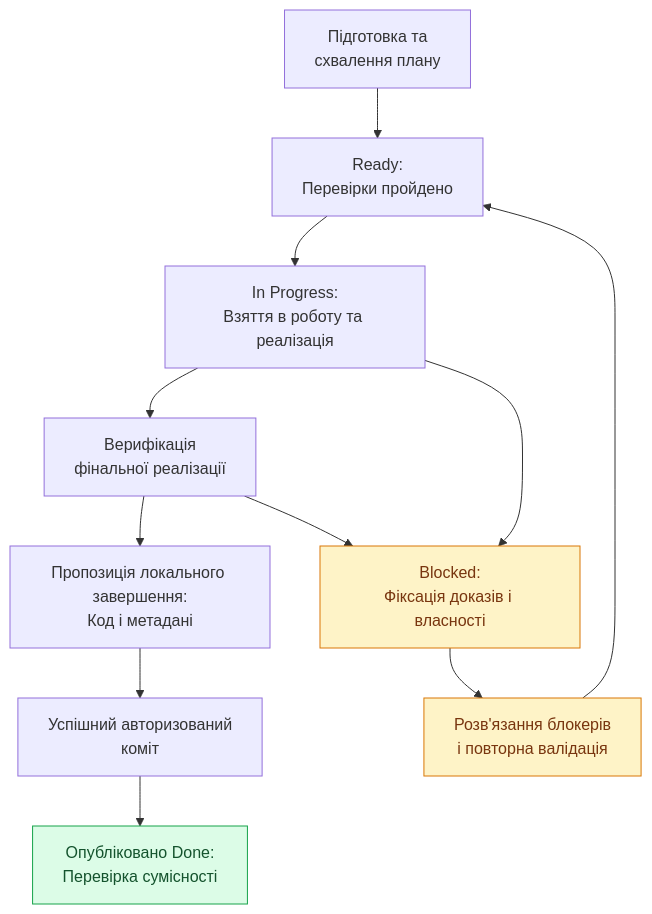
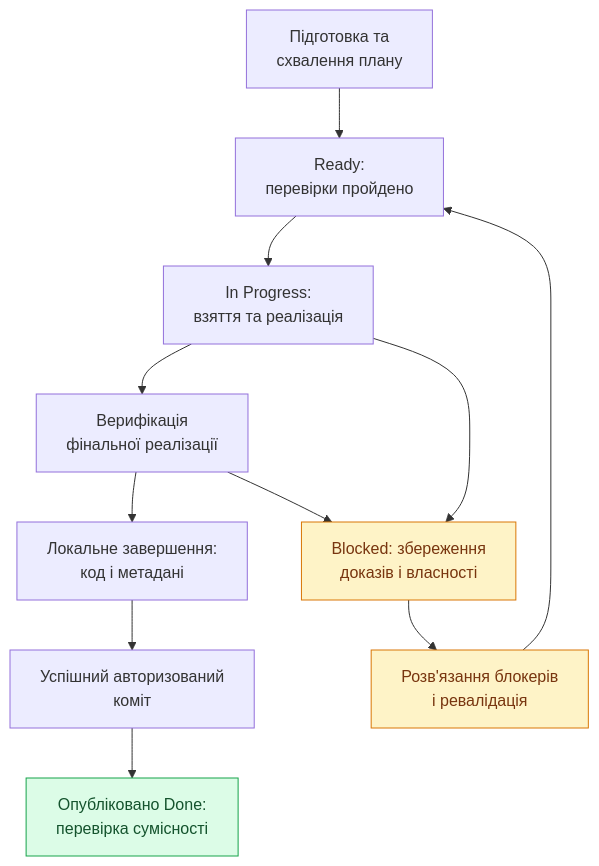
Before and after one commit to AlexDubel/AIMemBankAndCDIP-tmpl: the third of 4 diagrams in README.uk.md, drawn with Mermaid. The commit also changed other lines of this file and 1 other file, not shown here.

Commit message:
Format Mermaid diagram node labels to prevent horizontal text clipping on GitHub

````diff
--- a/README.uk.md
+++ b/README.uk.md
@@ -193,17 +193,17 @@
 ```mermaid
 flowchart TD
-    Plan["Підготовка та<br/>схвалення плану"] --> Ready["Ready:<br/>Перевірки пройдено"]
-    Ready --> Execute["In Progress:<br/>Взяття в роботу та реалізація"]
+    Plan["Підготовка та<br/>схвалення плану"] --> Ready["Ready:<br/>перевірки пройдено"]
+    Ready --> Execute["In Progress:<br/>взяття та реалізація"]
     Execute --> Verify["Верифікація<br/>фінальної реалізації"]
-    Verify --> Proposal["Пропозиція локального завершення:<br/>Код і метадані"]
+    Verify --> Proposal["Локальне завершення:<br/>код і метадані"]
     Proposal --> Commit["Успішний авторизований<br/>коміт"]
-    Commit --> Done["Опубліковано Done:<br/>Перевірка сумісності"]
-    Execute --> Blocked["Blocked:<br/>Фіксація доказів і власності"]
+    Commit --> Done["Опубліковано Done:<br/>перевірка сумісності"]
+    Execute --> Blocked["Blocked: збереження<br/>доказів і власності"]
     Verify --> Blocked
-    Blocked --> Resolve["Розв'язання блокерів<br/>і повторна валідація"]
+    Blocked --> Resolve["Розв'язання блокерів<br/>і ревалідація"]
     Resolve --> Ready
     classDef blocked fill:#fef3c7,stroke:#d97706,color:#78350f
     classDef complete fill:#dcfce7,stroke:#16a34a,color:#14532d
     class Blocked,Resolve blocked
     class Done complete
 ```
````
